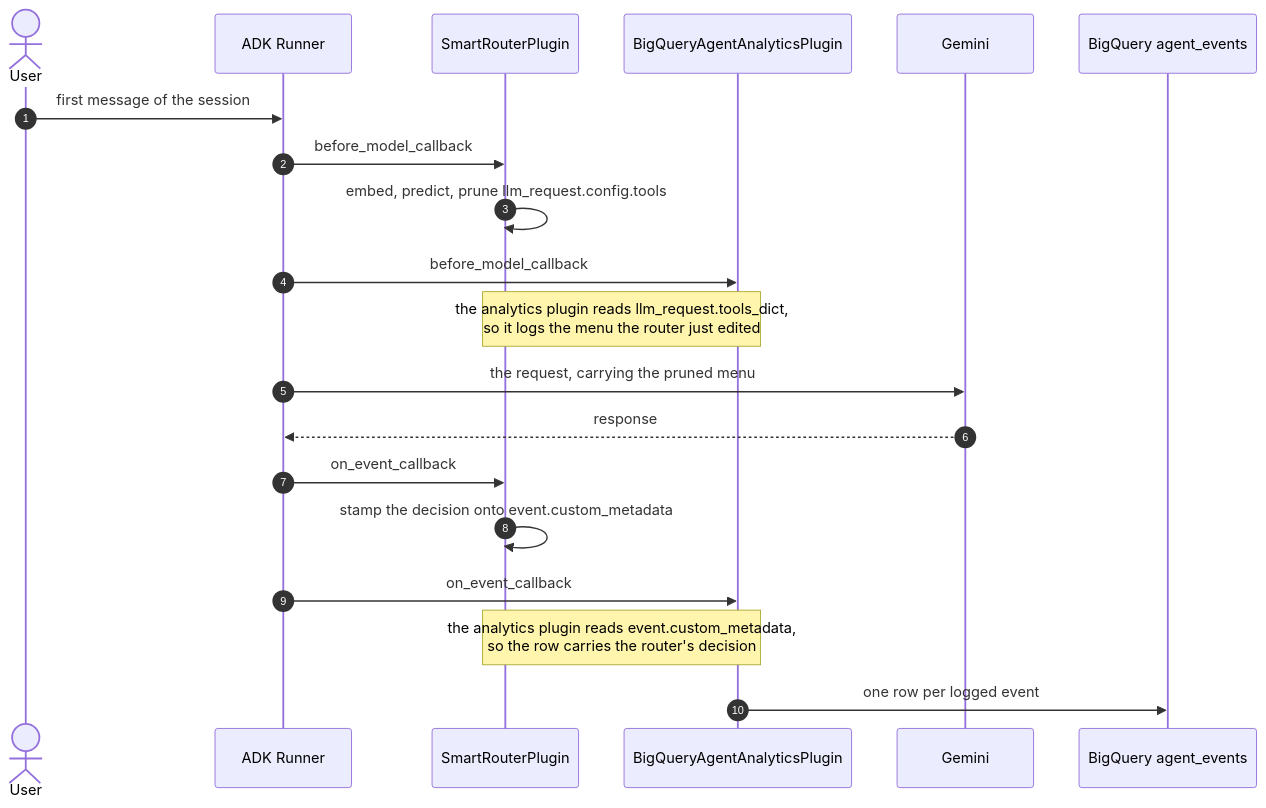
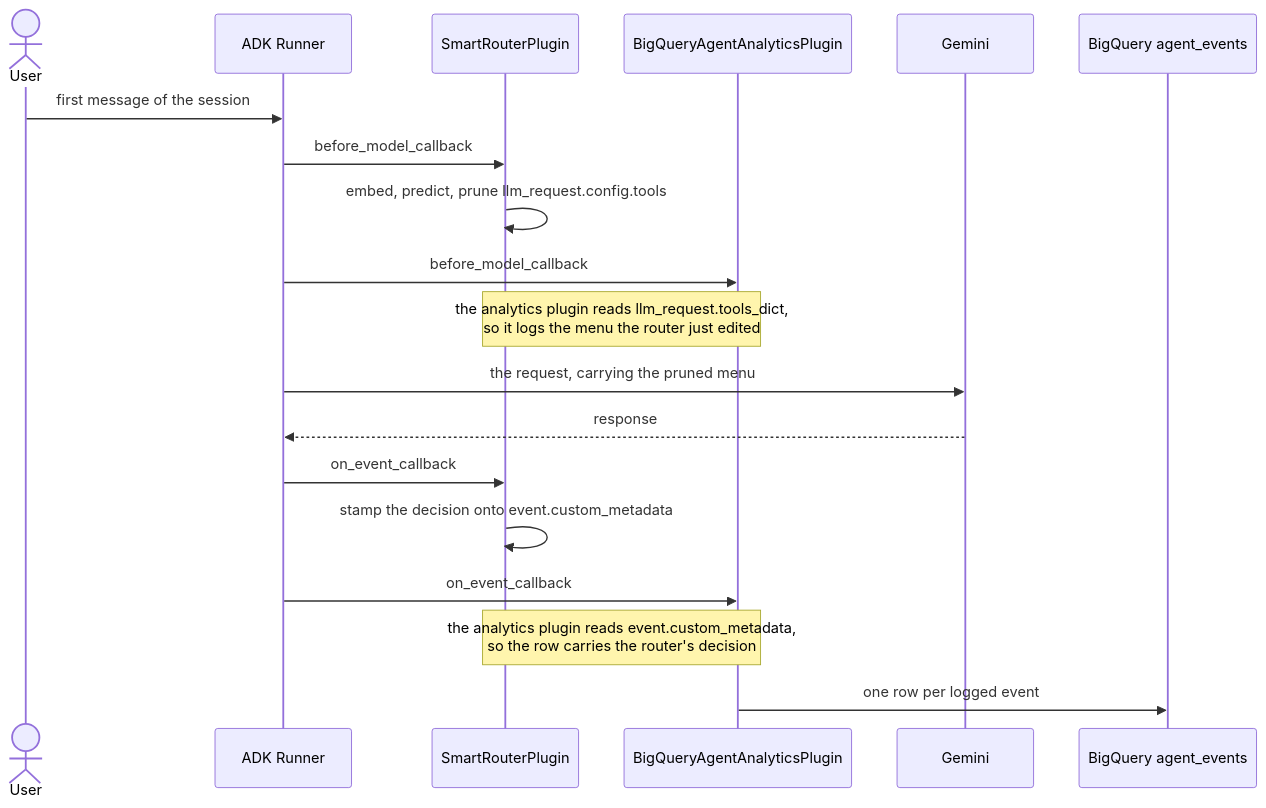
Before and after one commit to statmike/adk-smart-router: the second of 3 diagrams in README.md, drawn with Mermaid. The commit also changed other lines of this file and 12 other files, not shown here.

Commit message:
docs(release): swap README Mermaid blocks to PNGs for PyPI and add zero-churn RC tag stamping

````diff
--- a/README.md
+++ b/README.md
@@ -180,26 +189,25 @@
 ```mermaid
 sequenceDiagram
-    autonumber
     actor U as User
     participant RUN as ADK Runner
     participant SR as SmartRouterPlugin
     participant AN as BigQueryAgentAnalyticsPlugin
     participant LLM as Gemini
     participant BQ as BigQuery agent_events
 
     U->>RUN: first message of the session
 
     RUN->>SR: before_model_callback
     SR->>SR: embed, predict, prune llm_request.config.tools
     RUN->>AN: before_model_callback
     Note over SR,AN: the analytics plugin reads llm_request.tools_dict,<br/>so it logs the menu the router just edited
 
     RUN->>LLM: the request, carrying the pruned menu
     LLM-->>RUN: response
 
     RUN->>SR: on_event_callback
     SR->>SR: stamp the decision onto event.custom_metadata
     RUN->>AN: on_event_callback
     Note over SR,AN: the analytics plugin reads event.custom_metadata,<br/>so the row carries the router's decision
     AN->>BQ: one row per logged event
 ```
````
